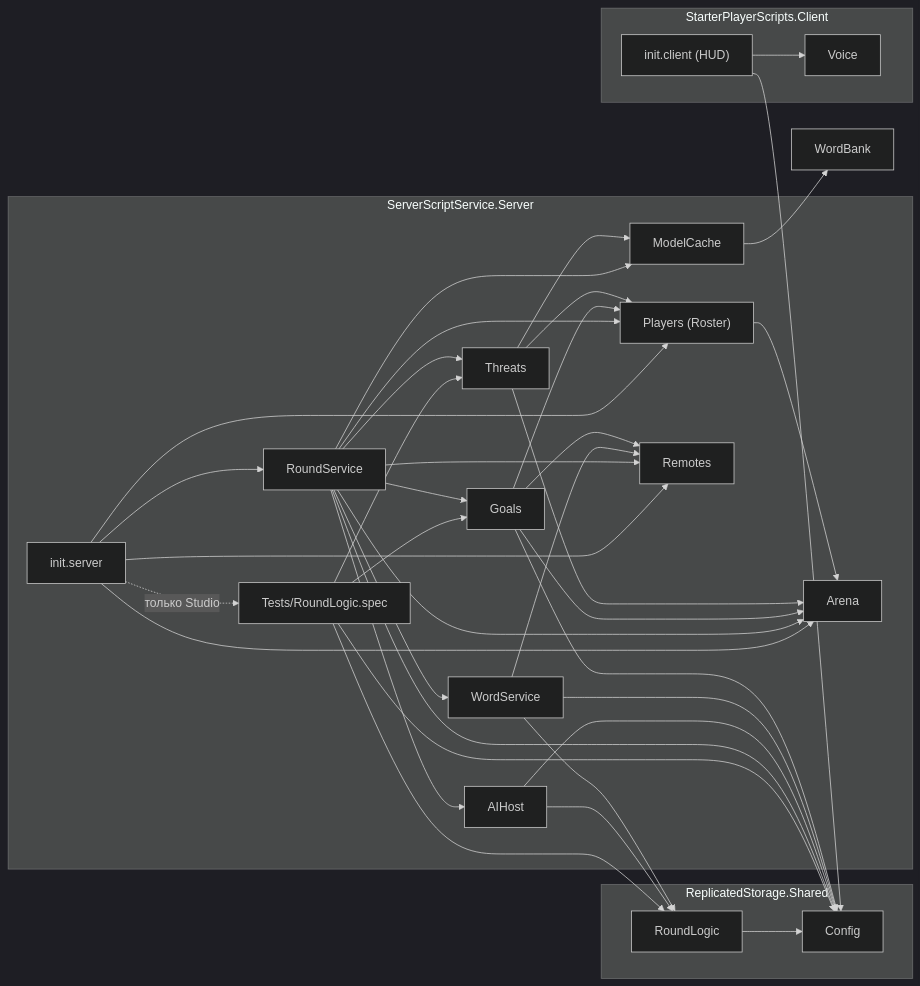
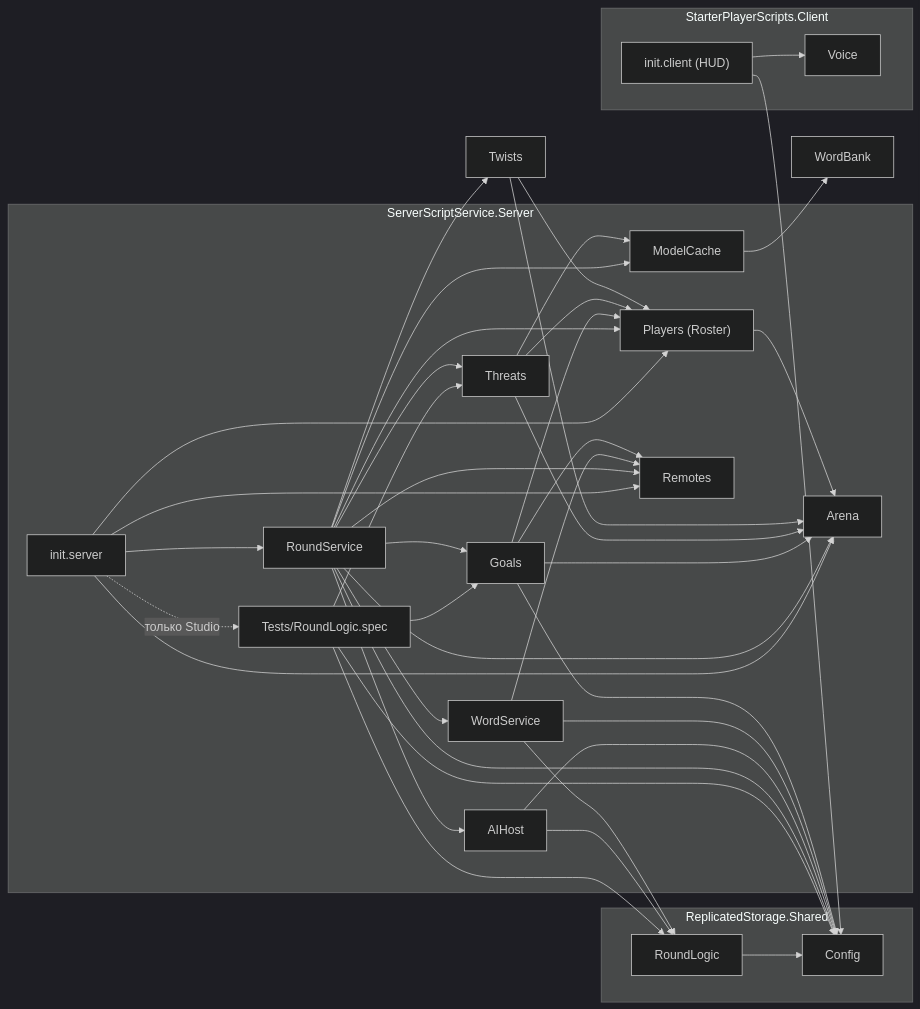
The first of 3 diagrams in docs/GRAPH.md (HageZERO2/AI-SAYS), drawn with Mermaid (dark theme) before and after one commit. The commit also changed 11 other files, not shown here.

First line of the commit message:
Twists (reverse, tiny, leader) and a larger 16x16 arena

````diff
--- a/docs/GRAPH.md
+++ b/docs/GRAPH.md
@@ -7,37 +7,38 @@
 ```mermaid
 graph LR
   subgraph Shared["ReplicatedStorage.Shared"]
     Config
     RoundLogic
   end
   subgraph Server["ServerScriptService.Server"]
     init["init.server"]
     Spec["Tests/RoundLogic.spec"]
     RoundService
     AIHost
     Goals
     Threats
     Players["Players (Roster)"]
     Arena
     WordService
     ModelCache
     Remotes
   end
   subgraph Client["StarterPlayerScripts.Client"]
     initc["init.client (HUD)"]
     Voice
   end
 
   init --> Remotes & Arena & Players & RoundService
   init -. только Studio .-> Spec
   Spec --> RoundLogic & Config & Goals & Threats
-  RoundService --> AIHost & Goals & Threats & Players & Arena & WordService & ModelCache & Remotes & Config
+  RoundService --> AIHost & Goals & Threats & Twists & Players & Arena & WordService & ModelCache & Remotes & Config
   AIHost --> RoundLogic & Config
   WordService --> RoundLogic & Config & Remotes
   Goals --> Arena & Players & Config & Remotes
   Threats --> Arena & Players & ModelCache
+  Twists --> Arena & Players
   ModelCache --> WordBank
   Players --> Arena
   RoundLogic --> Config
   initc --> Voice & Config
 ```
````
